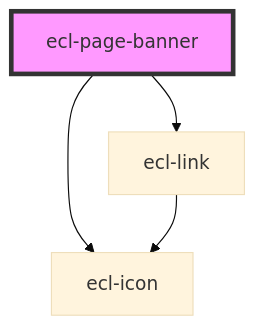
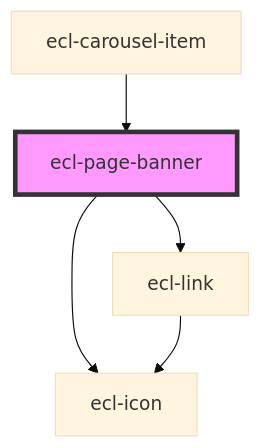
Before and after one commit to ec-europa/ecl-webcomponents: the diagram in src/components/ecl-page-banner/readme.md, drawn with Mermaid (base theme). The commit also changed other lines of this file and 20 other files, not shown here.

````diff
--- a/src/components/ecl-page-banner/readme.md
+++ b/src/components/ecl-page-banner/readme.md
@@ -32,7 +36,8 @@
 ```mermaid
 graph TD;
   ecl-page-banner --> ecl-link
   ecl-page-banner --> ecl-icon
   ecl-link --> ecl-icon
+  ecl-carousel-item --> ecl-page-banner
   style ecl-page-banner fill:#f9f,stroke:#333,stroke-width:4px
 ```
````
